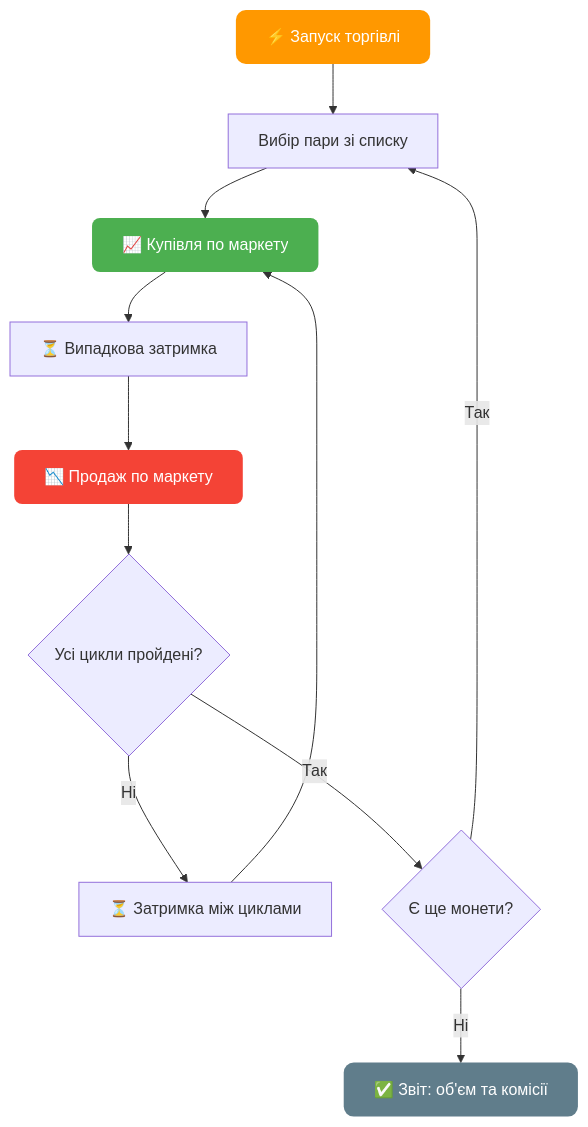
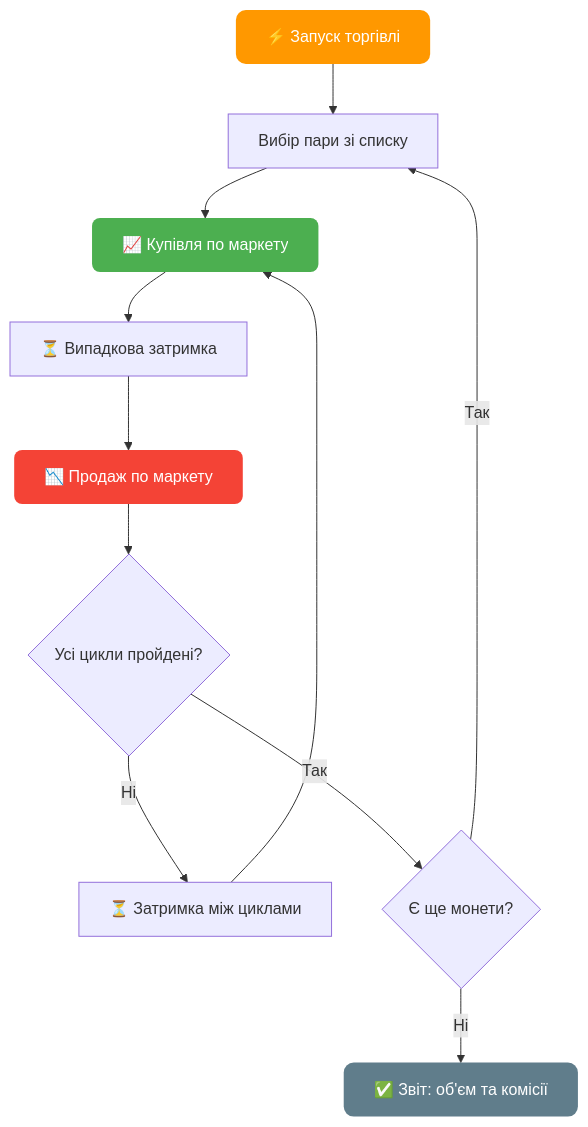
One commit to AutoPilotSoftware/docs changed the eighth of 10 diagrams in src/content/docs/ua/exchanges/mexc-autopilot.md. Above: the diagram before and after it, drawn with Mermaid. The commit also changed other lines of this file and 2 other files, not shown here.

````diff
--- a/src/content/docs/ua/exchanges/mexc-autopilot.md
+++ b/src/content/docs/ua/exchanges/mexc-autopilot.md
@@ -307,18 +307,18 @@
 ```mermaid
 flowchart TD
-    START["⚡ Запуск торгiвлi"] --> COIN["Вибiр пари зi списку"]
-    COIN --> BUY["📈 Купiвля по маркету"]
+    START["⚡ Запуск торгівлі"] --> COIN["Вибір пари зі списку"]
+    COIN --> BUY["📈 Купівля по маркету"]
     BUY --> WAIT1["⏳ Випадкова затримка"]
     WAIT1 --> SELL["📉 Продаж по маркету"]
-    SELL --> CHECK{"Усi цикли пройденi?"}
-    CHECK -->|Нi| WAIT2["⏳ Затримка мiж циклами"]
+    SELL --> CHECK{"Усі цикли пройдені?"}
+    CHECK -->|Ні| WAIT2["⏳ Затримка між циклами"]
     WAIT2 --> BUY
     CHECK -->|Так| NEXT{"Є ще монети?"}
     NEXT -->|Так| COIN
-    NEXT -->|Нi| DONE["✅ Звiт: об'єм та комiсiї"]
+    NEXT -->|Ні| DONE["✅ Звіт: об'єм та комісії"]
 
     style START fill:#FF9800,color:#fff,stroke:none,rx:10
     style BUY fill:#4CAF50,color:#fff,stroke:none,rx:8
     style SELL fill:#f44336,color:#fff,stroke:none,rx:8
     style DONE fill:#607D8B,color:#fff,stroke:none,rx:10
 ```
````
